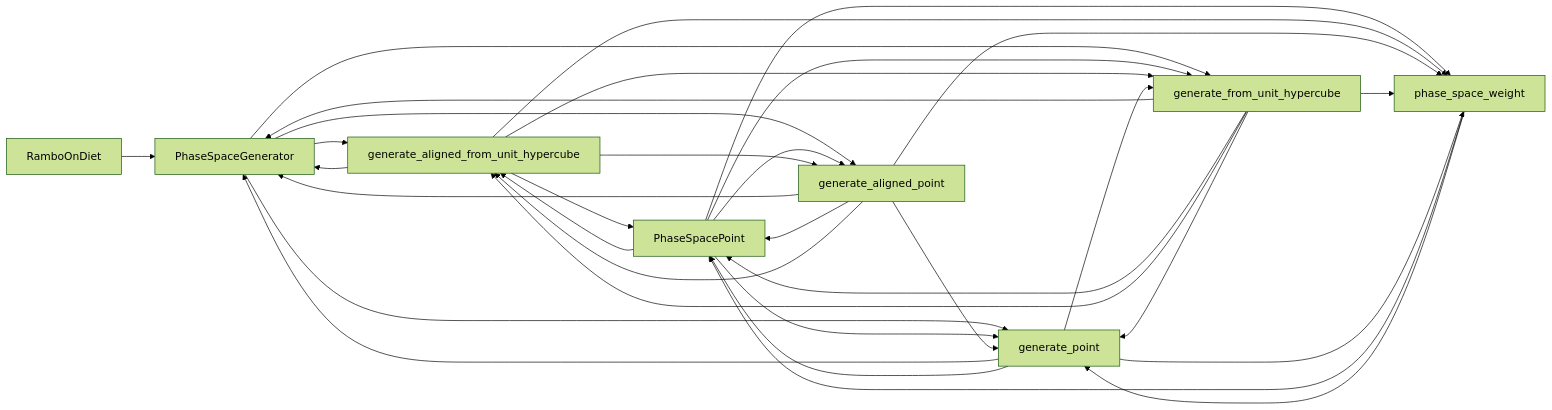
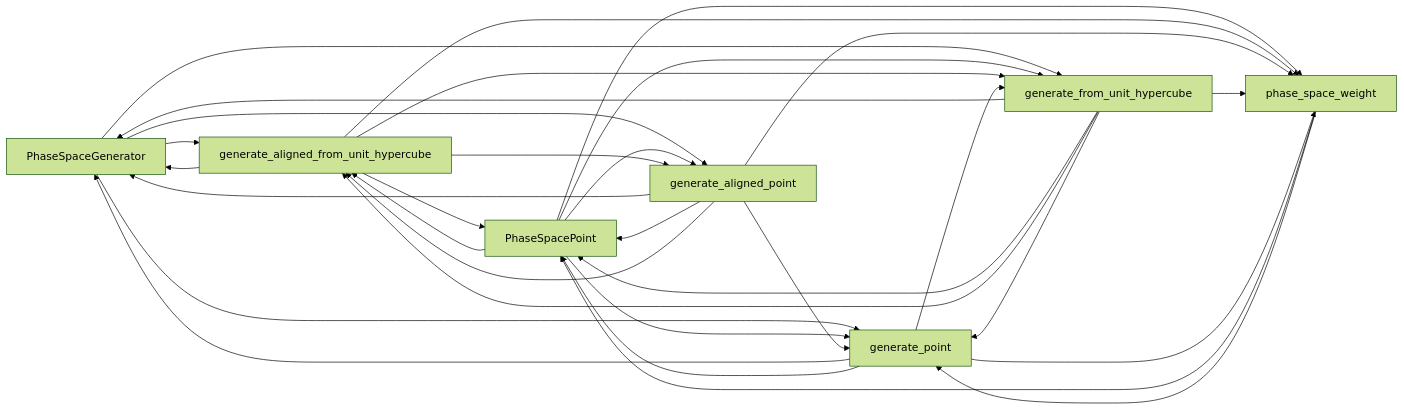
The diagram in docs/discoverability_graph.md (mmikhasenko/RamboOnDiet.jl), drawn with Mermaid (forest theme) before and after one commit. The commit also changed other lines of this file and 4 other files, not shown here.

````diff
--- a/docs/discoverability_graph.md
+++ b/docs/discoverability_graph.md
@@ -5,34 +5,33 @@
 ```mermaid
 flowchart LR
     PhaseSpaceGenerator --> generate_aligned_from_unit_hypercube
     PhaseSpaceGenerator --> generate_aligned_point
     PhaseSpaceGenerator --> generate_from_unit_hypercube
     PhaseSpaceGenerator --> generate_point
     PhaseSpacePoint --> generate_aligned_from_unit_hypercube
     PhaseSpacePoint --> generate_aligned_point
     PhaseSpacePoint --> generate_from_unit_hypercube
     PhaseSpacePoint --> generate_point
     PhaseSpacePoint --> phase_space_weight
-    RamboOnDiet --> PhaseSpaceGenerator
     generate_aligned_from_unit_hypercube --> PhaseSpaceGenerator
     generate_aligned_from_unit_hypercube --> PhaseSpacePoint
     generate_aligned_from_unit_hypercube --> generate_aligned_point
     generate_aligned_from_unit_hypercube --> generate_from_unit_hypercube
     generate_aligned_from_unit_hypercube --> phase_space_weight
     generate_aligned_point --> PhaseSpaceGenerator
     generate_aligned_point --> PhaseSpacePoint
     generate_aligned_point --> generate_aligned_from_unit_hypercube
     generate_aligned_point --> generate_point
     generate_aligned_point --> phase_space_weight
     generate_from_unit_hypercube --> PhaseSpaceGenerator
     generate_from_unit_hypercube --> PhaseSpacePoint
     generate_from_unit_hypercube --> generate_aligned_from_unit_hypercube
     generate_from_unit_hypercube --> generate_point
     generate_from_unit_hypercube --> phase_space_weight
     generate_point --> PhaseSpaceGenerator
     generate_point --> PhaseSpacePoint
     generate_point --> generate_from_unit_hypercube
     generate_point --> phase_space_weight
     phase_space_weight --> PhaseSpacePoint
     phase_space_weight --> generate_point
 ```
````
